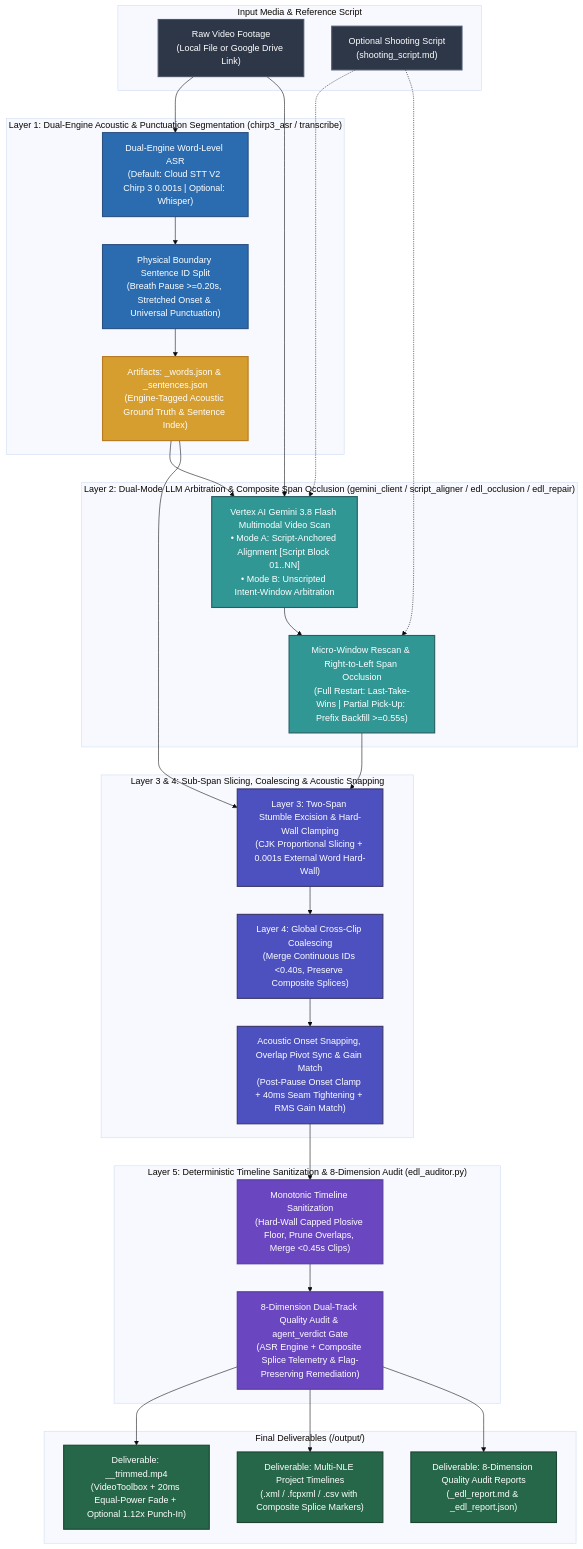
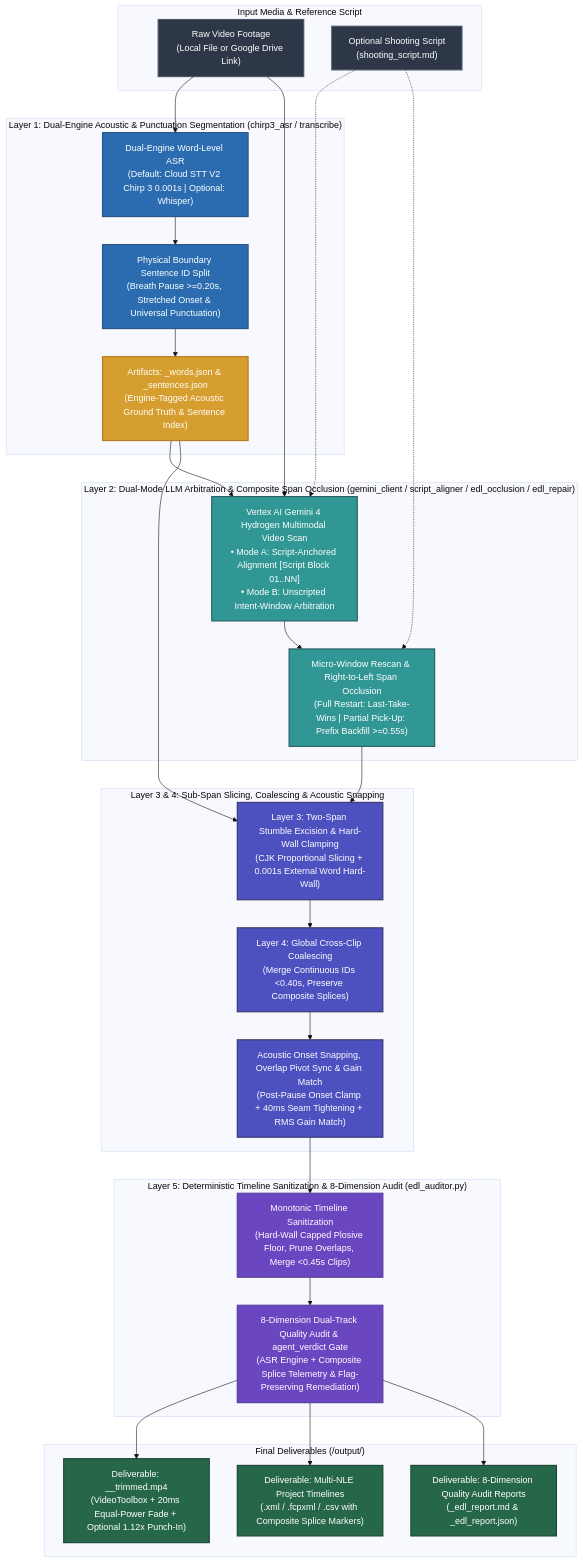
Before and after one commit to sylphlin/video-trimmer: the diagram in README.md, drawn with Mermaid (base theme). The commit also changed other lines of this file and 13 other files, not shown here.

First line of the commit message:
feat(model): upgrade Layer 2 LLM to Gemini 4 Hydrogen (gemini-4-hydrogen)

````diff
--- a/README.md
+++ b/README.md
@@ -20,59 +22,59 @@
 ```mermaid
 flowchart TD
     classDef inputStyle fill:#2D3748,stroke:#4A5568,stroke-width:2px,color:#fff;
     classDef stage1Style fill:#2B6CB0,stroke:#2C5282,stroke-width:2px,color:#fff;
     classDef stage2Style fill:#319795,stroke:#285E61,stroke-width:2px,color:#fff;
     classDef stage3Style fill:#4C51BF,stroke:#3C366B,stroke-width:2px,color:#fff;
     classDef stage4Style fill:#6B46C1,stroke:#553C9A,stroke-width:2px,color:#fff;
     classDef artifactStyle fill:#D69E2E,stroke:#B7791F,stroke-width:2px,color:#fff;
     classDef outputStyle fill:#276749,stroke:#1C4532,stroke-width:2px,color:#fff;
 
     subgraph Inputs["Input Media & Reference Script"]
         IN["Raw Video Footage<br/>(Local File or Google Drive Link)"]:::inputStyle
         SC["Optional Shooting Script<br/>(shooting_script.md)"]:::inputStyle
     end
 
     subgraph L1["Layer 1: Dual-Engine Acoustic & Punctuation Segmentation (chirp3_asr / transcribe)"]
         W_ASR["Dual-Engine Word-Level ASR<br/>(Default: Cloud STT V2 Chirp 3 0.001s | Optional: Whisper)"]:::stage1Style
         S_SEG["Physical Boundary Sentence ID Split<br/>(Breath Pause >=0.20s, Stretched Onset & Universal Punctuation)"]:::stage1Style
         W_JSON["Artifacts: <basename>_words.json & _sentences.json<br/>(Engine-Tagged Acoustic Ground Truth & Sentence Index)"]:::artifactStyle
         W_ASR --> S_SEG --> W_JSON
     end
 
     subgraph L2["Layer 2: Dual-Mode LLM Arbitration & Composite Span Occlusion (gemini_client / script_aligner / edl_occlusion / edl_repair)"]
-        MODE["Vertex AI Gemini 3.8 Flash Multimodal Video Scan<br/>• Mode A: Script-Anchored Alignment [Script Block 01..NN]<br/>• Mode B: Unscripted Intent-Window Arbitration"]:::stage2Style
+        MODE["Vertex AI Gemini 4 Hydrogen Multimodal Video Scan<br/>• Mode A: Script-Anchored Alignment [Script Block 01..NN]<br/>• Mode B: Unscripted Intent-Window Arbitration"]:::stage2Style
         REPAIR["Micro-Window Rescan & Right-to-Left Span Occlusion<br/>(Full Restart: Last-Take-Wins | Partial Pick-Up: Prefix Backfill >=0.55s)"]:::stage2Style
         MODE --> REPAIR
     end
 
     subgraph L3_L4["Layer 3 & 4: Sub-Span Slicing, Coalescing & Acoustic Snapping"]
         L3["Layer 3: Two-Span Stumble Excision & Hard-Wall Clamping<br/>(CJK Proportional Slicing + 0.001s External Word Hard-Wall)"]:::stage3Style
         L4["Layer 4: Global Cross-Clip Coalescing<br/>(Merge Continuous IDs <0.40s, Preserve Composite Splices)"]:::stage3Style
         AC["Acoustic Onset Snapping, Overlap Pivot Sync & Gain Match<br/>(Post-Pause Onset Clamp + 40ms Seam Tightening + RMS Gain Match)"]:::stage3Style
         L3 --> L4 --> AC
     end
 
     subgraph L5["Layer 5: Deterministic Timeline Sanitization & 8-Dimension Audit (edl_auditor.py)"]
         SAN["Monotonic Timeline Sanitization<br/>(Hard-Wall Capped Plosive Floor, Prune Overlaps, Merge <0.45s Clips)"]:::stage4Style
         AUD["8-Dimension Dual-Track Quality Audit & agent_verdict Gate<br/>(ASR Engine + Composite Splice Telemetry & Flag-Preserving Remediation)"]:::stage4Style
         SAN --> AUD
     end
 
     subgraph Deliverables["Final Deliverables (<input_dir>/output/)"]
         OUT_MP4["Deliverable: <basename>_<tag>_trimmed.mp4<br/>(VideoToolbox + 20ms Equal-Power Fade + Optional 1.12x Punch-In)"]:::outputStyle
         OUT_NLE["Deliverable: Multi-NLE Project Timelines<br/>(.xml / .fcpxml / .csv with Composite Splice Markers)"]:::outputStyle
         OUT_REP["Deliverable: 8-Dimension Quality Audit Reports<br/>(_edl_report.md & _edl_report.json)"]:::outputStyle
     end
 
     IN --> W_ASR
     IN --> MODE
     SC -.-> MODE
     W_JSON --> MODE
     SC -.-> REPAIR
     REPAIR --> L3
     W_JSON --> L3
     AC --> SAN
     AUD --> OUT_MP4
     AUD --> OUT_NLE
     AUD --> OUT_REP
 ```
````
